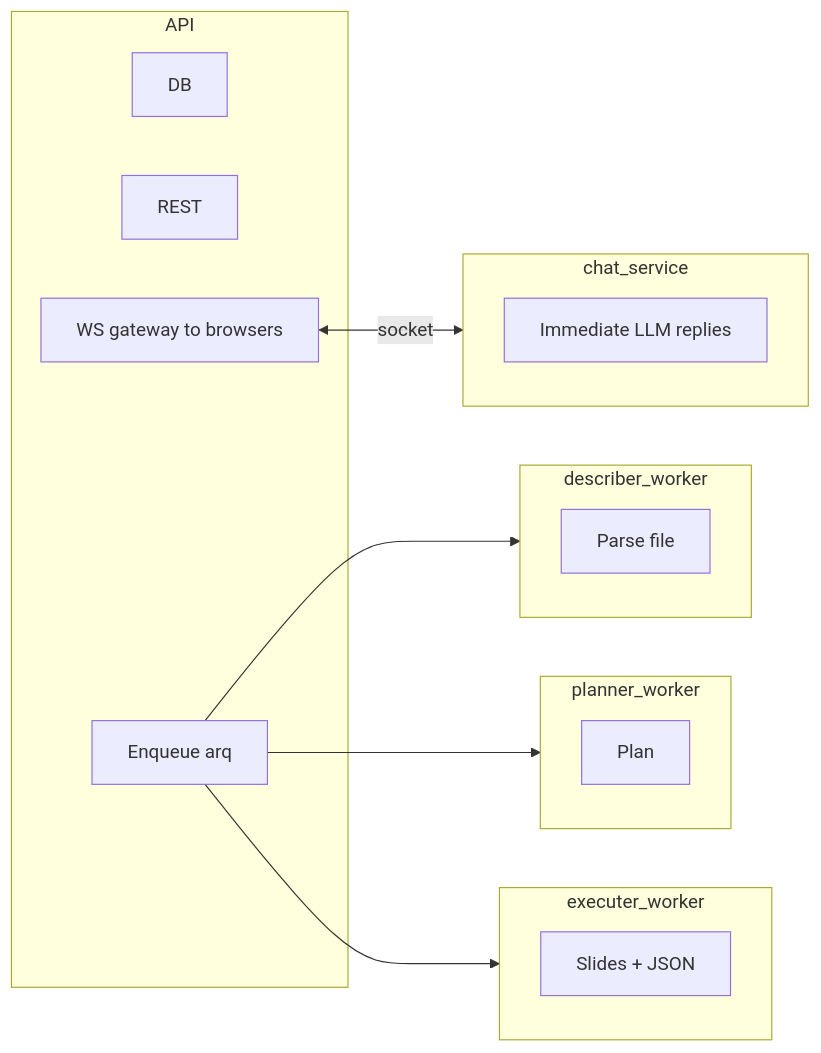
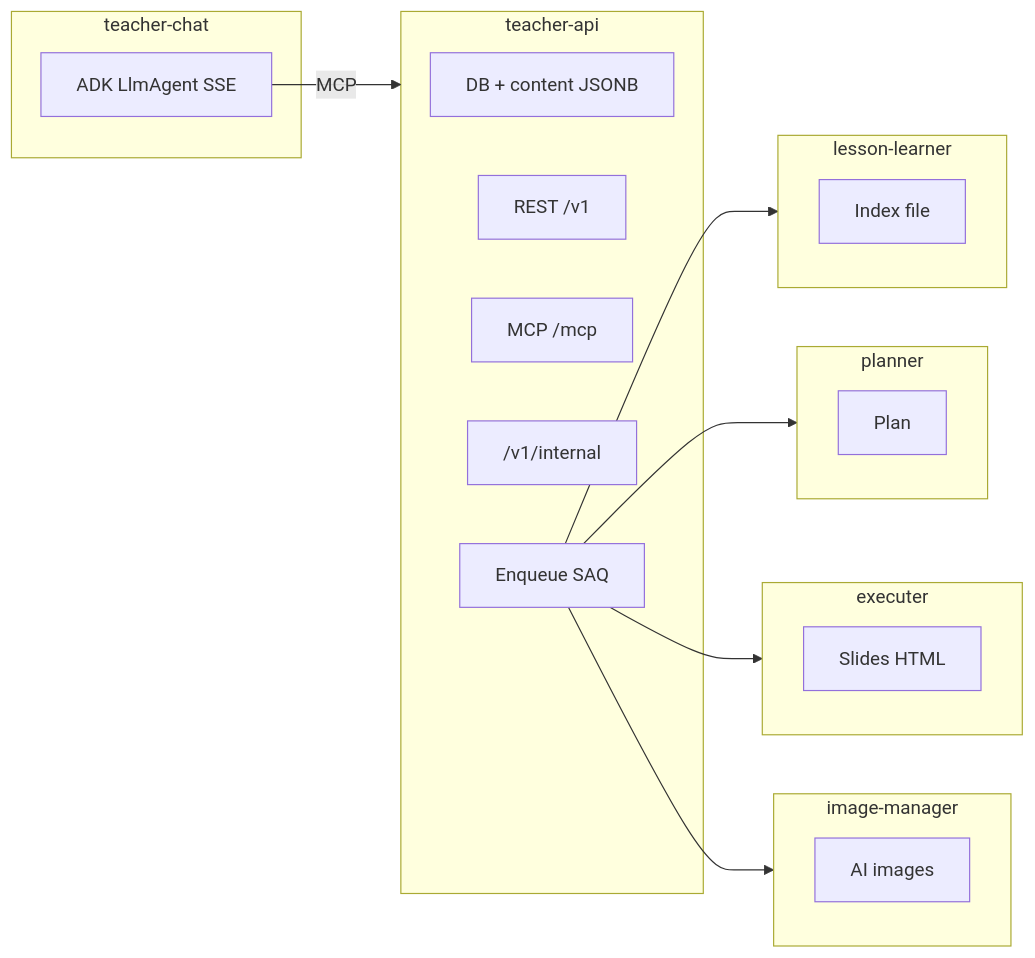
Before and after one commit to BasselSallam2/teacher-mock: the third of 5 diagrams in docs/architecture/05-queue-and-sequence.md, drawn with Mermaid. The commit also changed other lines of this file and 10 other files, not shown here.

Commit message:
Enhance README and add system overview documentation; update media handling and lesson planning architecture. Introduce nested media folders and clarify production stack details.

````diff
--- a/docs/architecture/05-queue-and-sequence.md
+++ b/docs/architecture/05-queue-and-sequence.md
@@ -69,30 +84,36 @@
 ```mermaid
 flowchart LR
-  subgraph API_owns [API]
-    Schema["DB"]
-    REST["REST"]
-    WS["WS gateway to browsers"]
-    Dispatch["Enqueue arq"]
+  subgraph API_owns [teacher-api]
+    Schema["DB + content JSONB"]
+    REST["REST /v1"]
+    MCP["MCP /mcp"]
+    Internal["/v1/internal"]
+    Dispatch["Enqueue SAQ"]
   end
 
-  subgraph Chat_owns [chat_service]
-    Reply["Immediate LLM replies"]
+  subgraph Chat_owns [teacher-chat]
+    ADK["ADK LlmAgent SSE"]
   end
 
-  subgraph Describer_owns [describer_worker]
-    Parse["Parse file"]
+  subgraph Learner_owns [lesson-learner]
+    Index["Index file"]
   end
 
-  subgraph Planner_owns [planner_worker]
+  subgraph Planner_owns [planner]
     PlanGen["Plan"]
   end
 
-  subgraph Executer_owns [executer_worker]
-    Html["Slides + JSON"]
+  subgraph Executer_owns [executer]
+    Html["Slides HTML"]
   end
 
-  WS <-->|"socket"| Chat_owns
-  Dispatch --> Describer_owns
+  subgraph Images_owns [image-manager]
+    GenImg["AI images"]
+  end
+
+  ADK -->|MCP| API_owns
+  Dispatch --> Learner_owns
   Dispatch --> Planner_owns
   Dispatch --> Executer_owns
+  Dispatch --> Images_owns
 ```
````
